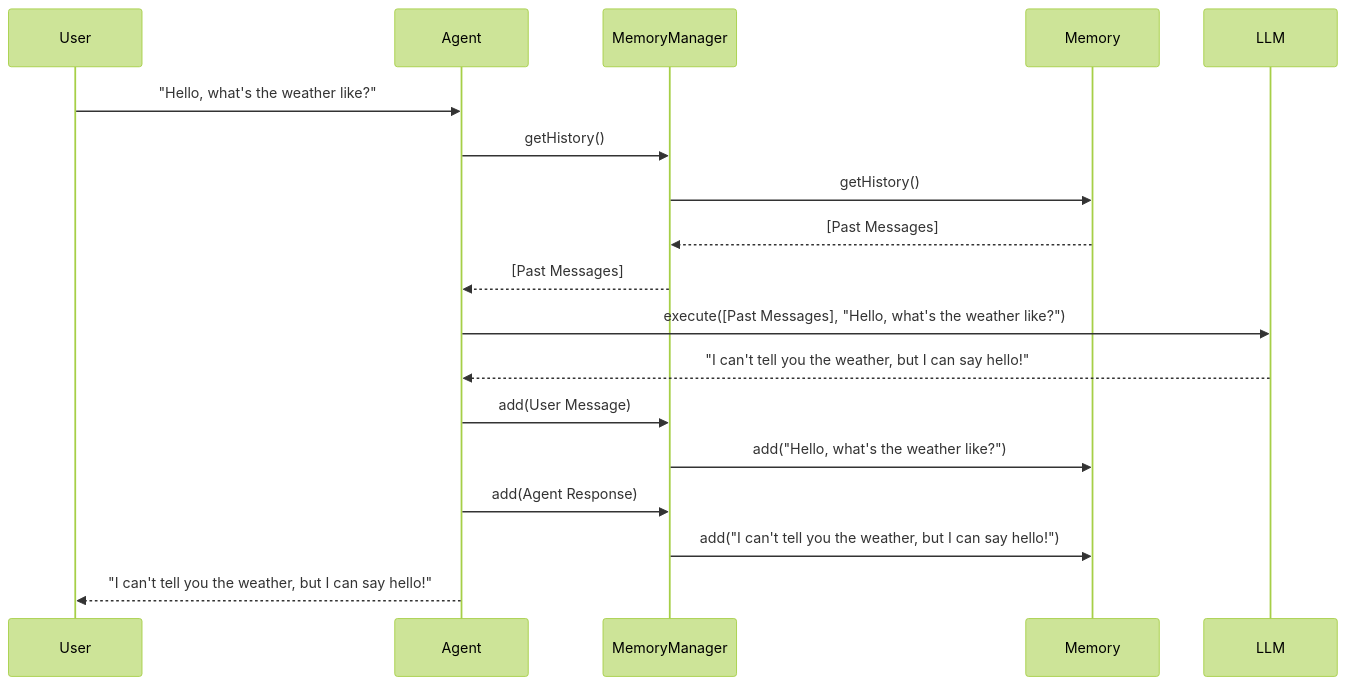
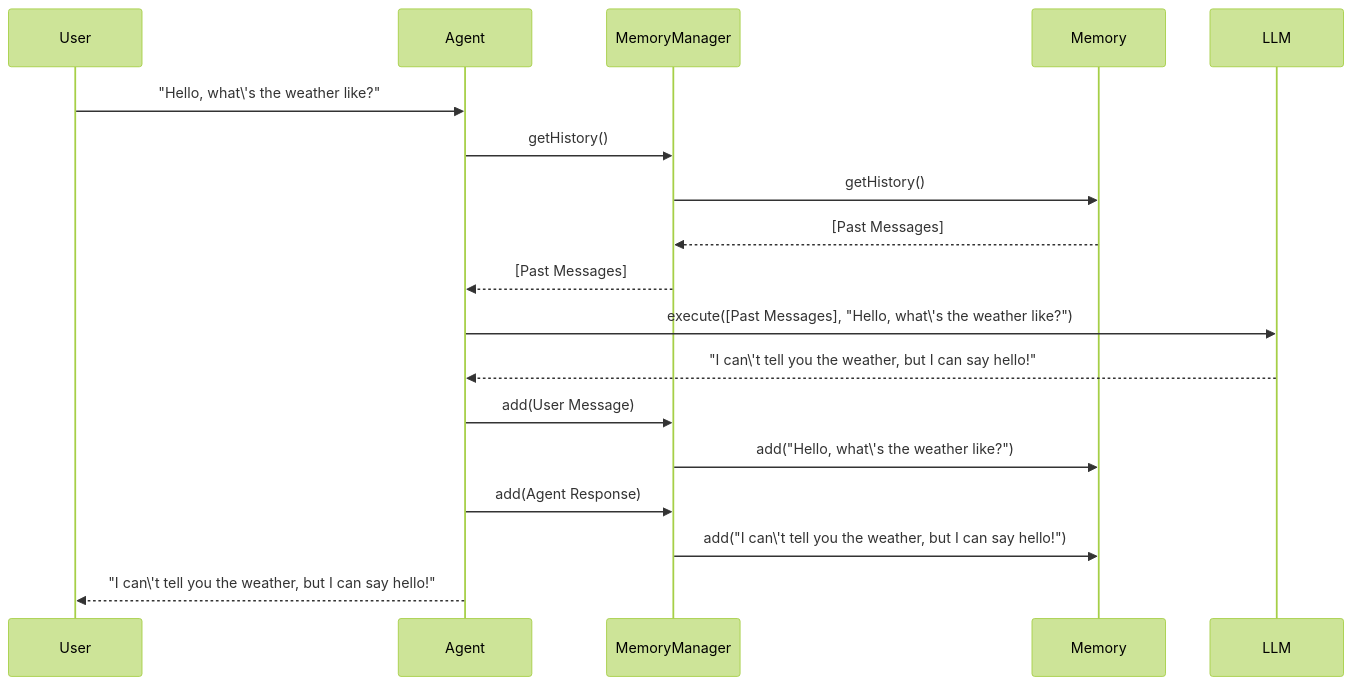
The second of 2 diagrams in docs/memory.md (redbus-labs/adk-java), drawn with Mermaid (forest theme) before and after one commit. The commit also changed other lines of this file and 7 other files, not shown here.

````diff
--- a/docs/memory.md
+++ b/docs/memory.md
@@ -160,21 +286,21 @@
 ```mermaid
 sequenceDiagram
     participant User
     participant Agent
     participant MemoryManager
     participant Memory
     participant LLM
 
-    User->>Agent: "Hello, what's the weather like?"
+    User->>Agent: "Hello, what\'s the weather like?"
     Agent->>MemoryManager: getHistory()
     MemoryManager->>Memory: getHistory()
     Memory-->>MemoryManager: [Past Messages]
     MemoryManager-->>Agent: [Past Messages]
-    Agent->>LLM: execute([Past Messages], "Hello, what's the weather like?")
-    LLM-->>Agent: "I can't tell you the weather, but I can say hello!"
+    Agent->>LLM: execute([Past Messages], "Hello, what\'s the weather like?")
+    LLM-->>Agent: "I can\'t tell you the weather, but I can say hello!"
     Agent->>MemoryManager: add(User Message)
-    MemoryManager->>Memory: add("Hello, what's the weather like?")
+    MemoryManager->>Memory: add("Hello, what\'s the weather like?")
     Agent->>MemoryManager: add(Agent Response)
-    MemoryManager->>Memory: add("I can't tell you the weather, but I can say hello!")
-    Agent-->>User: "I can't tell you the weather, but I can say hello!"
+    MemoryManager->>Memory: add("I can\'t tell you the weather, but I can say hello!")
+    Agent-->>User: "I can\'t tell you the weather, but I can say hello!"
 ```
````
